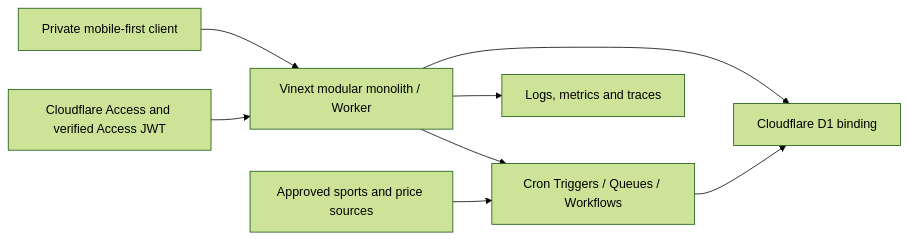
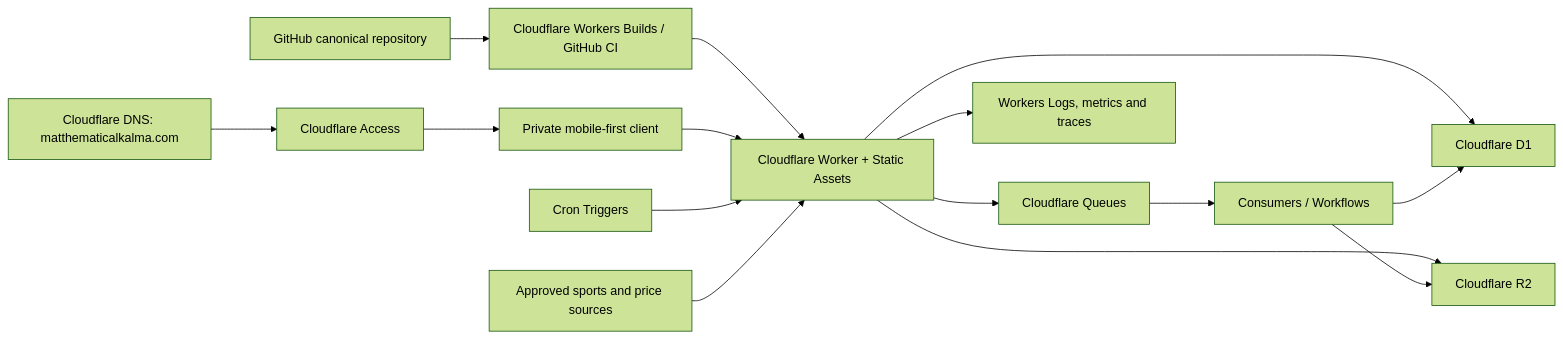
One commit to OnlyPlantsClub/Matthematical-Kalma changed the first of 2 diagrams in docs/ARCHITECTURE.md. Above: the diagram before and after it, drawn with Mermaid (forest theme). The commit also changed other lines of this file and 4 other files, not shown here.

Commit message:
Revise MVP architecture for Cloudflare production

````diff
--- a/docs/ARCHITECTURE.md
+++ b/docs/ARCHITECTURE.md
@@ -11,10 +11,17 @@
 ```mermaid
 flowchart LR
-  U["Private mobile-first client"] --> W["Vinext modular monolith / Worker"]
-  I["Cloudflare Access and verified Access JWT"] --> W
-  W --> D1["Cloudflare D1 binding"]
-  W --> J["Cron Triggers / Queues / Workflows"]
-  P["Approved sports and price sources"] --> J
+  GH["GitHub canonical repository"] --> CI["Cloudflare Workers Builds / GitHub CI"]
+  CI --> W["Cloudflare Worker + Static Assets"]
+  DNS["Cloudflare DNS: matthematicalkalma.com"] --> A["Cloudflare Access"]
+  A --> U["Private mobile-first client"]
+  U --> W
+  W --> D1["Cloudflare D1"]
+  W --> R2["Cloudflare R2"]
+  C["Cron Triggers"] --> W
+  W --> Q["Cloudflare Queues"]
+  Q --> J["Consumers / Workflows"]
+  P["Approved sports and price sources"] --> W
   J --> D1
-  W --> O["Logs, metrics and traces"]
+  J --> R2
+  W --> O["Workers Logs, metrics and traces"]
 ```
````
